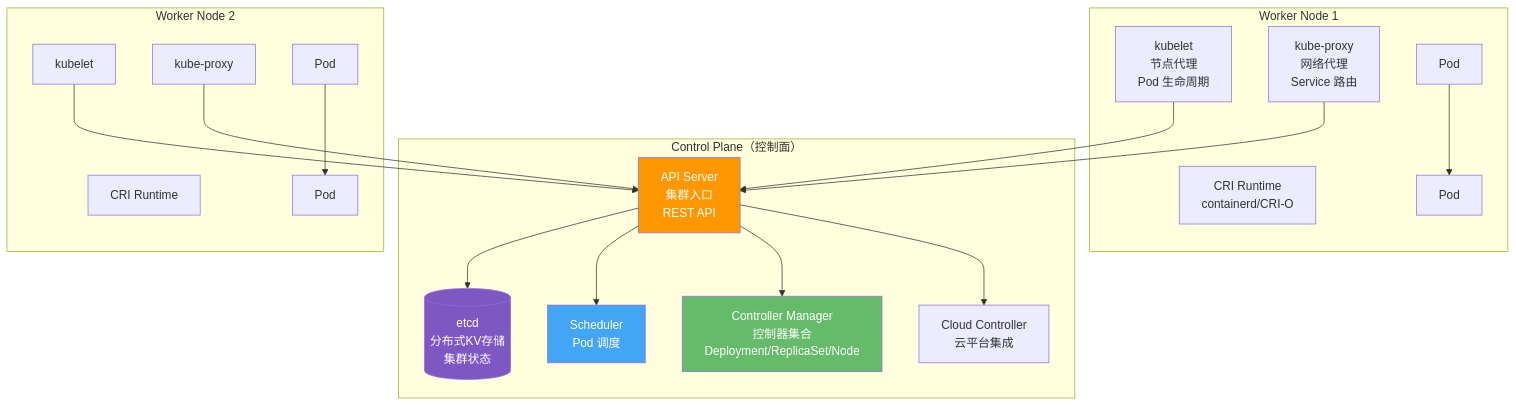
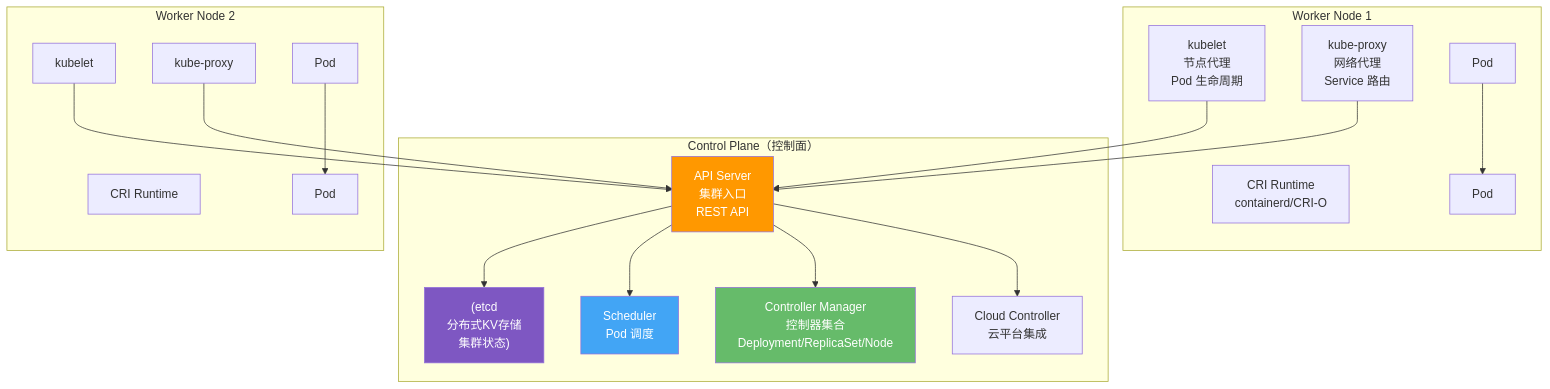
Before and after one commit to moklgydocs/moklgydocs.github.io: diagram 25 of 51 in src/运维与部署/Docker_K8s/09_面试题精选/01_DockerK8s面试题精选.md, drawn with Mermaid. The commit also changed other lines of this file and 178 other files, not shown here.

First line of the commit message:
fix: 修复 mermaid 图表语法错误 - 为含 <br/> 的标签添加引号、修复未闭合引号

````diff
--- a/src/运维与部署/Docker_K8s/09_面试题精选/01_DockerK8s面试题精选.md
+++ b/src/运维与部署/Docker_K8s/09_面试题精选/01_DockerK8s面试题精选.md
@@ -1869,38 +1869,38 @@
 ```mermaid
 flowchart TB
     subgraph CP["Control Plane（控制面）"]
-        API[API Server<br/>集群入口<br/>REST API]
-        ETCD[(etcd<br/>分布式KV存储<br/>集群状态)]
-        SCHED[Scheduler<br/>Pod 调度]
-        CM[Controller Manager<br/>控制器集合<br/>Deployment/ReplicaSet/Node]
-        CC[Cloud Controller<br/>云平台集成]
+        API["API Server<br/>集群入口<br/>REST API"]
+        ETCD["(etcd<br/>分布式KV存储<br/>集群状态)"]
+        SCHED["Scheduler<br/>Pod 调度"]
+        CM["Controller Manager<br/>控制器集合<br/>Deployment/ReplicaSet/Node"]
+        CC["Cloud Controller<br/>云平台集成"]
     end
 
     subgraph WN1["Worker Node 1"]
-        KLET1[kubelet<br/>节点代理<br/>Pod 生命周期]
-        PROXY1[kube-proxy<br/>网络代理<br/>Service 路由]
-        CRI1[CRI Runtime<br/>containerd/CRI-O]
+        KLET1["kubelet<br/>节点代理<br/>Pod 生命周期"]
+        PROXY1["kube-proxy<br/>网络代理<br/>Service 路由"]
+        CRI1["CRI Runtime<br/>containerd/CRI-O"]
         P1[Pod] --> P2[Pod]
     end
 
     subgraph WN2["Worker Node 2"]
         KLET2[kubelet]
         PROXY2[kube-proxy]
         CRI2[CRI Runtime]
         P3[Pod] --> P4[Pod]
     end
 
     API --> ETCD
     API --> SCHED
     API --> CM
     API --> CC
     KLET1 --> API
     KLET2 --> API
     PROXY1 --> API
     PROXY2 --> API
 
     style API fill:#FF9800,color:#fff
     style ETCD fill:#7E57C2,color:#fff
     style SCHED fill:#42A5F5,color:#fff
     style CM fill:#66BB6A,color:#fff
 ```
````
